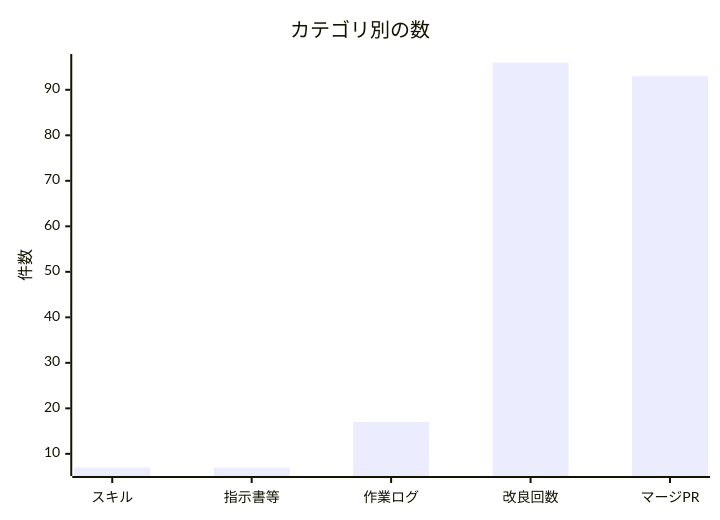
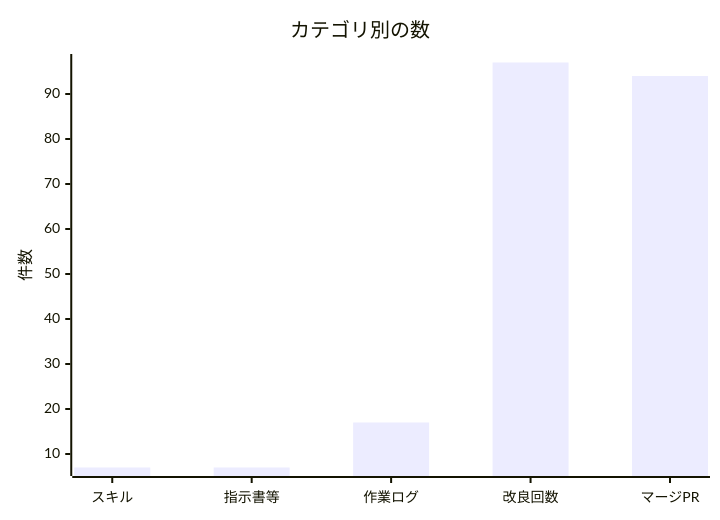
One commit to non-x2/non-x2 changed the second of 2 diagrams in docs/進化レポート.md. Above: the diagram before and after it, drawn with Mermaid. The commit also changed other lines of this file and 2 other files, not shown here.

````diff
--- a/docs/進化レポート.md
+++ b/docs/進化レポート.md
@@ -33,7 +33,7 @@
 ```mermaid
 xychart-beta
     title "カテゴリ別の数"
     x-axis ["スキル", "指示書等", "作業ログ", "改良回数", "マージPR"]
     y-axis "件数"
-    bar [7, 7, 17, 96, 93]
+    bar [7, 7, 17, 97, 94]
 ```
````
